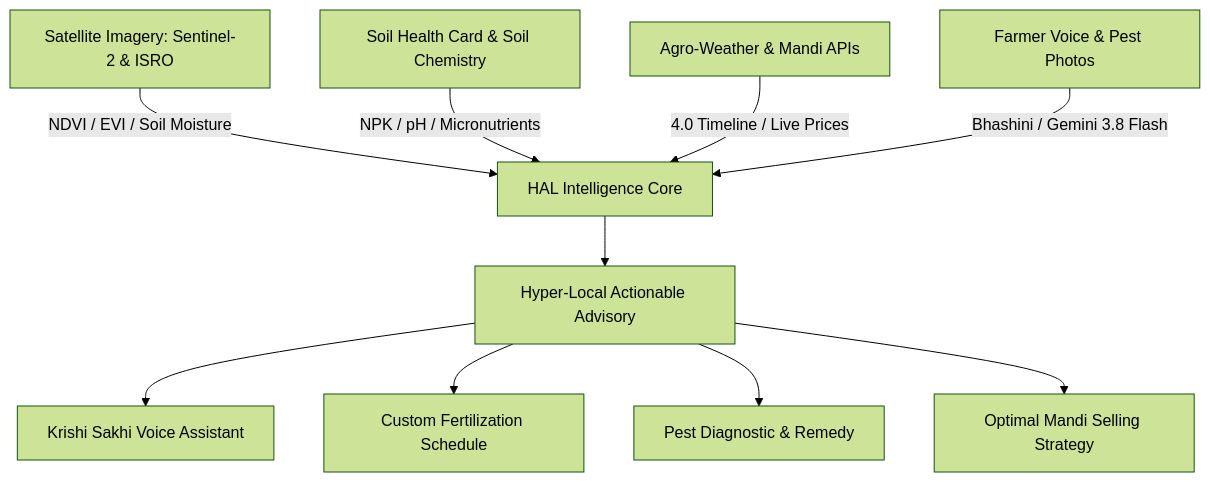
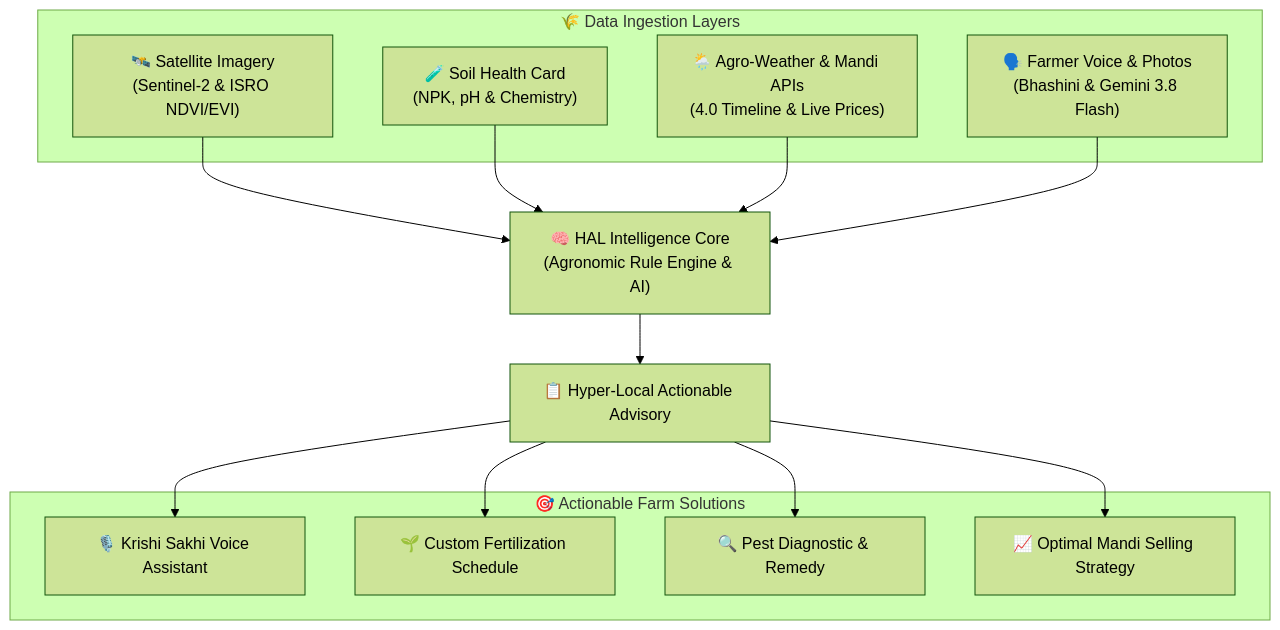
One commit to abeerrai01/HAL-Harvest-Advisory-with-Linguistic-Intelligence changed the diagram in README.md. Above: the diagram before and after it, drawn with Mermaid (forest theme). The commit also changed other lines of this file and 4 other files, not shown here.

Commit message:
docs: fix mermaid layout rendering, remove SIH references and team branding, update app logo

````diff
--- a/README.md
+++ b/README.md
@@ -31,12 +30,31 @@
 ```mermaid
-graph TD
-    A[Satellite Imagery: Sentinel-2 & ISRO] -->|NDVI / EVI / Soil Moisture| D[HAL Intelligence Core]
-    B[Soil Health Card & Soil Chemistry] -->|NPK / pH / Micronutrients| D
-    C[Agro-Weather & Mandi APIs] -->|4.0 Timeline / Live Prices| D
-    E[Farmer Voice & Pest Photos] -->|Bhashini / Gemini 3.8 Flash| D
-    D --> F[Hyper-Local Actionable Advisory]
-    F --> G[Krishi Sakhi Voice Assistant]
-    F --> H[Custom Fertilization Schedule]
-    F --> I[Pest Diagnostic & Remedy]
-    F --> J[Optimal Mandi Selling Strategy]
+flowchart TD
+    subgraph Inputs ["🌾 Data Ingestion Layers"]
+        A["🛰️ Satellite Imagery<br/>(Sentinel-2 & ISRO NDVI/EVI)"]
+        B["🧪 Soil Health Card<br/>(NPK, pH & Chemistry)"]
+        C["🌦️ Agro-Weather & Mandi APIs<br/>(4.0 Timeline & Live Prices)"]
+        E["🗣️ Farmer Voice & Photos<br/>(Bhashini & Gemini 3.8 Flash)"]
+    end
+
+    D["🧠 HAL Intelligence Core<br/>(Agronomic Rule Engine & AI)"]
+    F["📋 Hyper-Local Actionable Advisory"]
+
+    subgraph Outputs ["🎯 Actionable Farm Solutions"]
+        G["🎙️ Krishi Sakhi Voice Assistant"]
+        H["🌱 Custom Fertilization Schedule"]
+        I["🔍 Pest Diagnostic & Remedy"]
+        J["📈 Optimal Mandi Selling Strategy"]
+    end
+
+    A --> D
+    B --> D
+    C --> D
+    E --> D
+
+    D --> F
+
+    F --> G
+    F --> H
+    F --> I
+    F --> J
 ```
````
